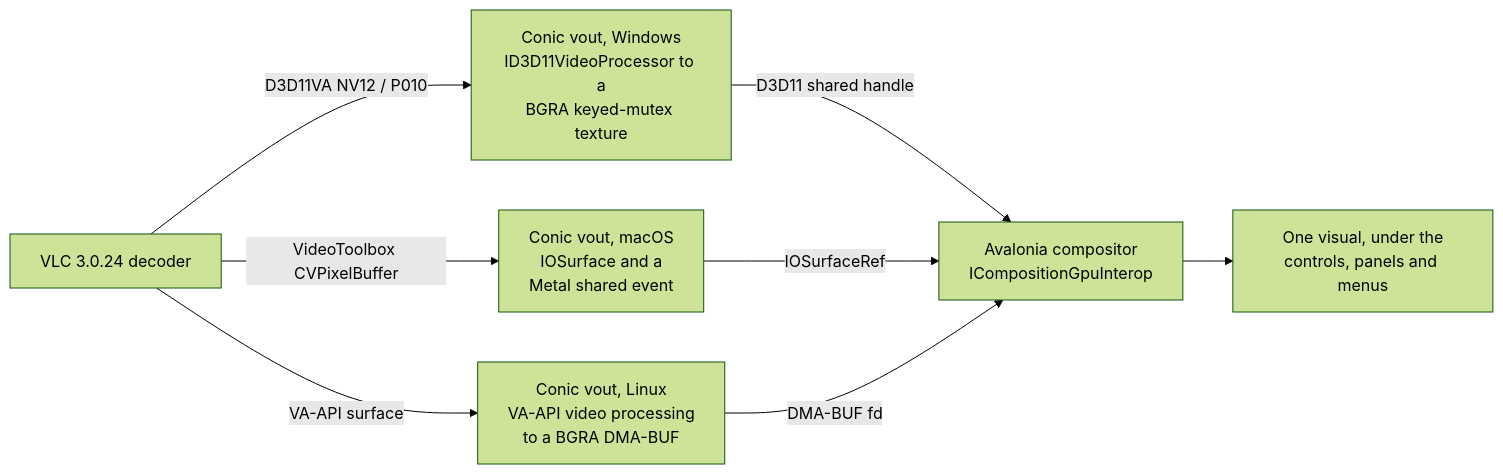
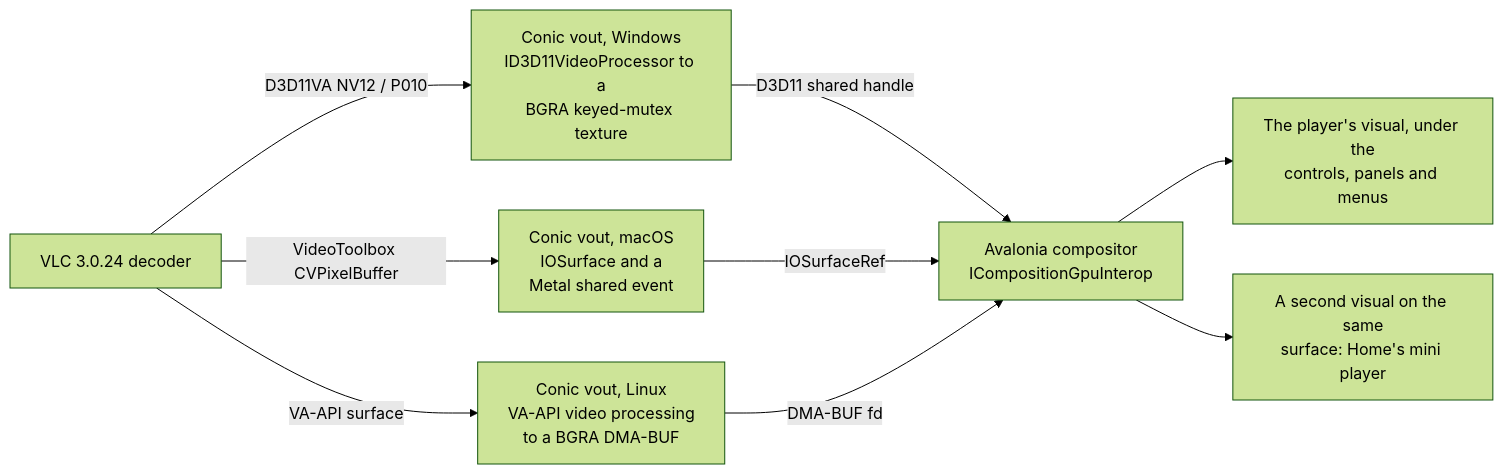
Before and after one commit to mfkl/conic: the second of 2 diagrams in README.md, drawn with Mermaid (forest theme). The commit also changed other lines of this file and 1 other file, not shown here.

First line of the commit message:
docs: show the live mini player and say why Conic is a port

````diff
--- a/README.md
+++ b/README.md
@@ -175,11 +187,12 @@
 ```mermaid
 flowchart LR
     decoder["VLC 3.0.24 decoder"]
     decoder -- "D3D11VA NV12 / P010" --> win["Conic vout, Windows<br/>ID3D11VideoProcessor to a<br/>BGRA keyed-mutex texture"]
     decoder -- "VideoToolbox CVPixelBuffer" --> mac["Conic vout, macOS<br/>IOSurface and a<br/>Metal shared event"]
     decoder -- "VA-API surface" --> linux["Conic vout, Linux<br/>VA-API video processing<br/>to a BGRA DMA-BUF"]
     win -- "D3D11 shared handle" --> avalonia["Avalonia compositor<br/>ICompositionGpuInterop"]
     mac -- "IOSurfaceRef" --> avalonia
     linux -- "DMA-BUF fd" --> avalonia
-    avalonia --> window["One visual, under the<br/>controls, panels and menus"]
+    avalonia --> window["The player's visual, under the<br/>controls, panels and menus"]
+    avalonia --> mini["A second visual on the same<br/>surface: Home's mini player"]
 ```
````
